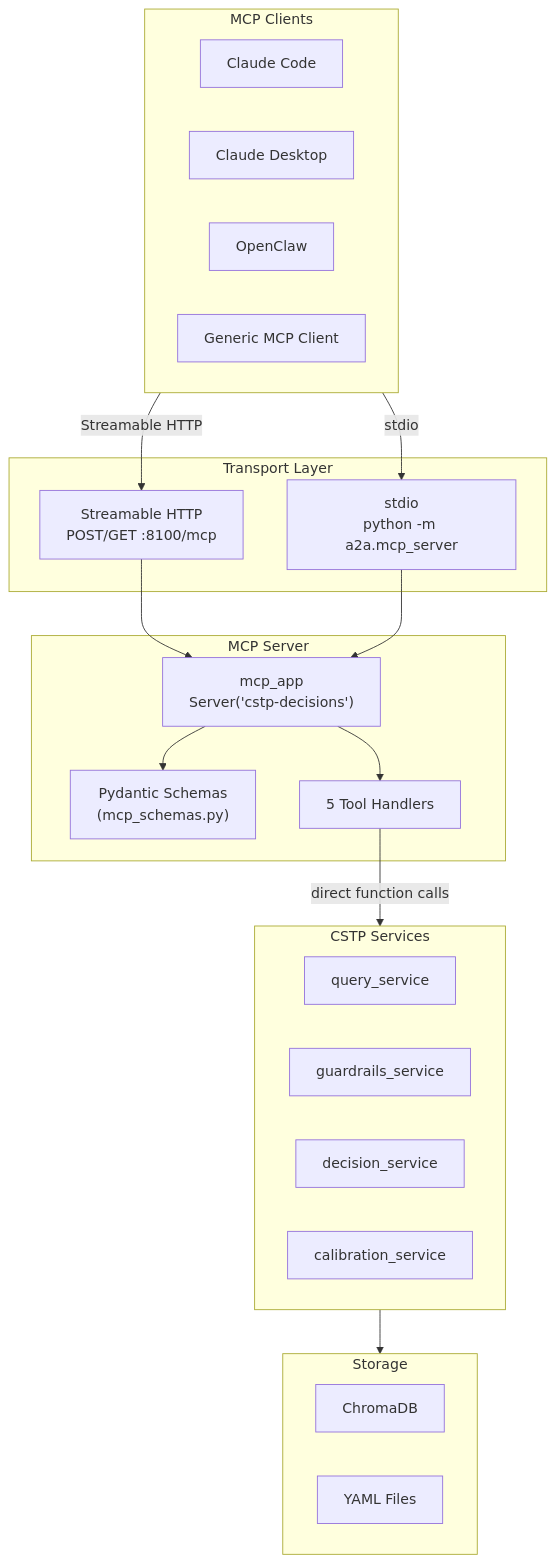
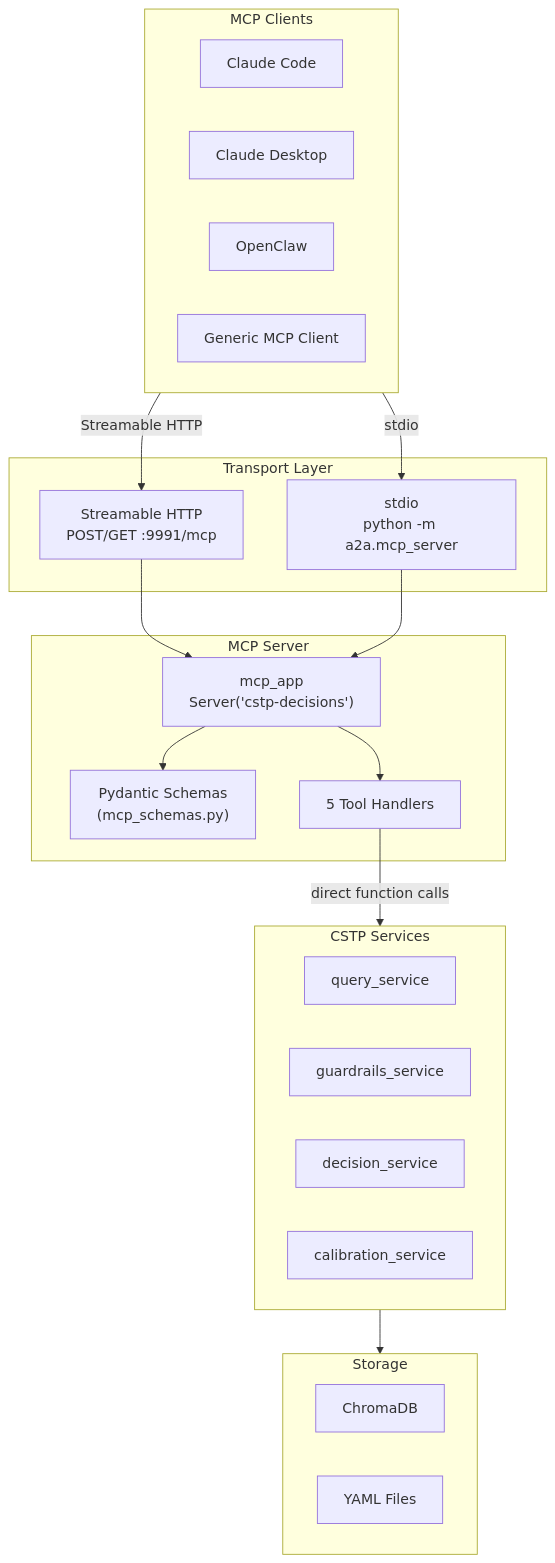
Before and after one commit to tfatykhov/cognition-agent-decisions: the diagram in website/reference/mcp-quickstart.md, drawn with Mermaid. The commit also changed other lines of this file and 11 other files, not shown here.

````diff
--- a/website/reference/mcp-quickstart.md
+++ b/website/reference/mcp-quickstart.md
@@ -14,41 +14,41 @@
 ```mermaid
 graph TB
     subgraph Clients["MCP Clients"]
         CC["Claude Code"]
         CD["Claude Desktop"]
         OC["OpenClaw"]
         GEN["Generic MCP Client"]
     end
 
     subgraph Transport["Transport Layer"]
-        HTTP["Streamable HTTP<br/>POST/GET :8100/mcp"]
+        HTTP["Streamable HTTP<br/>POST/GET :9991/mcp"]
         STDIO["stdio<br/>python -m a2a.mcp_server"]
     end
 
     subgraph MCP["MCP Server"]
         APP["mcp_app<br/>Server('cstp-decisions')"]
         SCHEMAS["Pydantic Schemas<br/>(mcp_schemas.py)"]
         TOOLS["5 Tool Handlers"]
     end
 
     subgraph Services["CSTP Services"]
         QS["query_service"]
         GS["guardrails_service"]
         DS["decision_service"]
         CS["calibration_service"]
     end
 
     subgraph Storage["Storage"]
         CHROMA["ChromaDB"]
         YAML["YAML Files"]
     end
 
     Clients -->|"Streamable HTTP"| HTTP
     Clients -->|"stdio"| STDIO
     HTTP --> APP
     STDIO --> APP
     APP --> SCHEMAS
     APP --> TOOLS
     TOOLS -->|"direct function calls"| Services
     Services --> Storage
 ```
````
